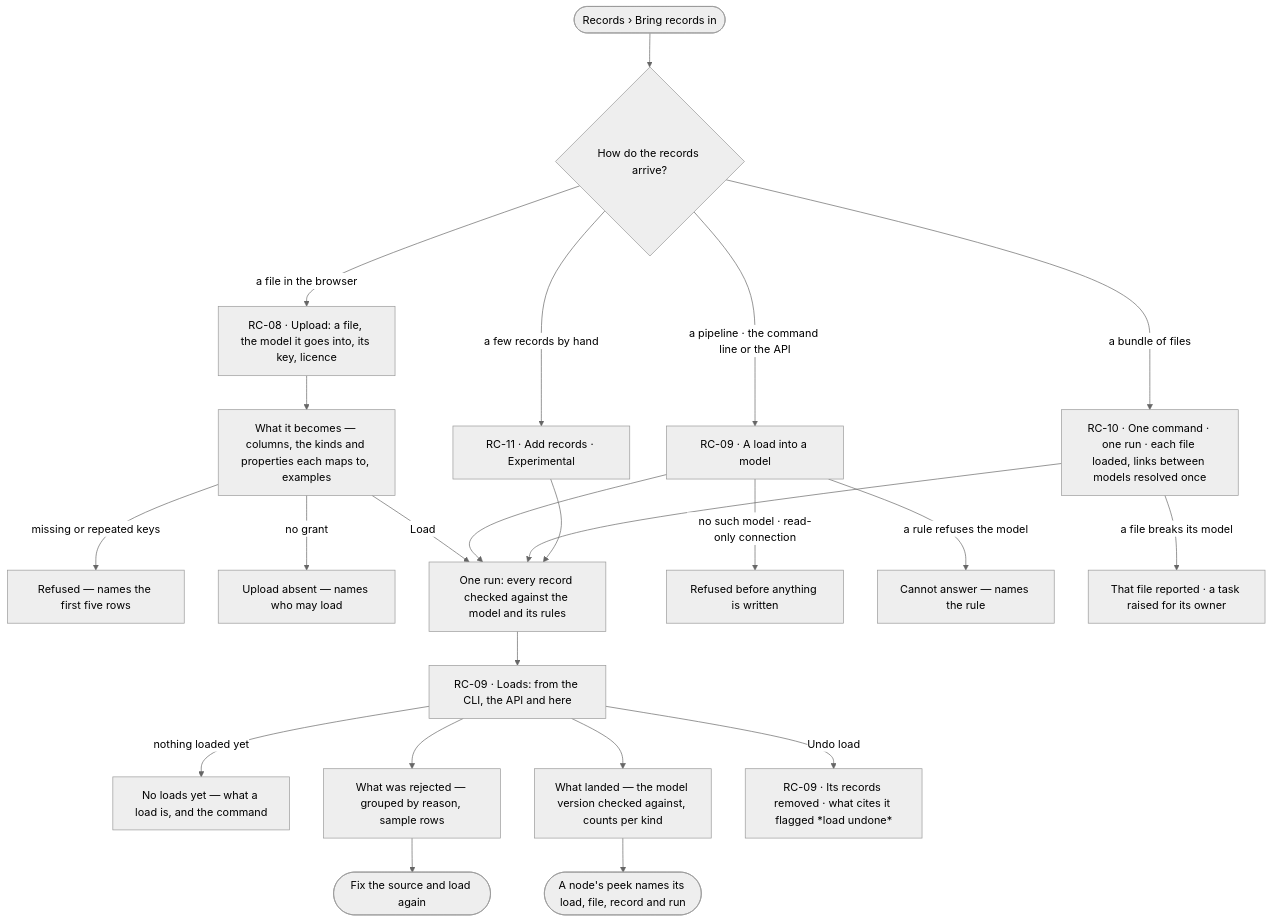
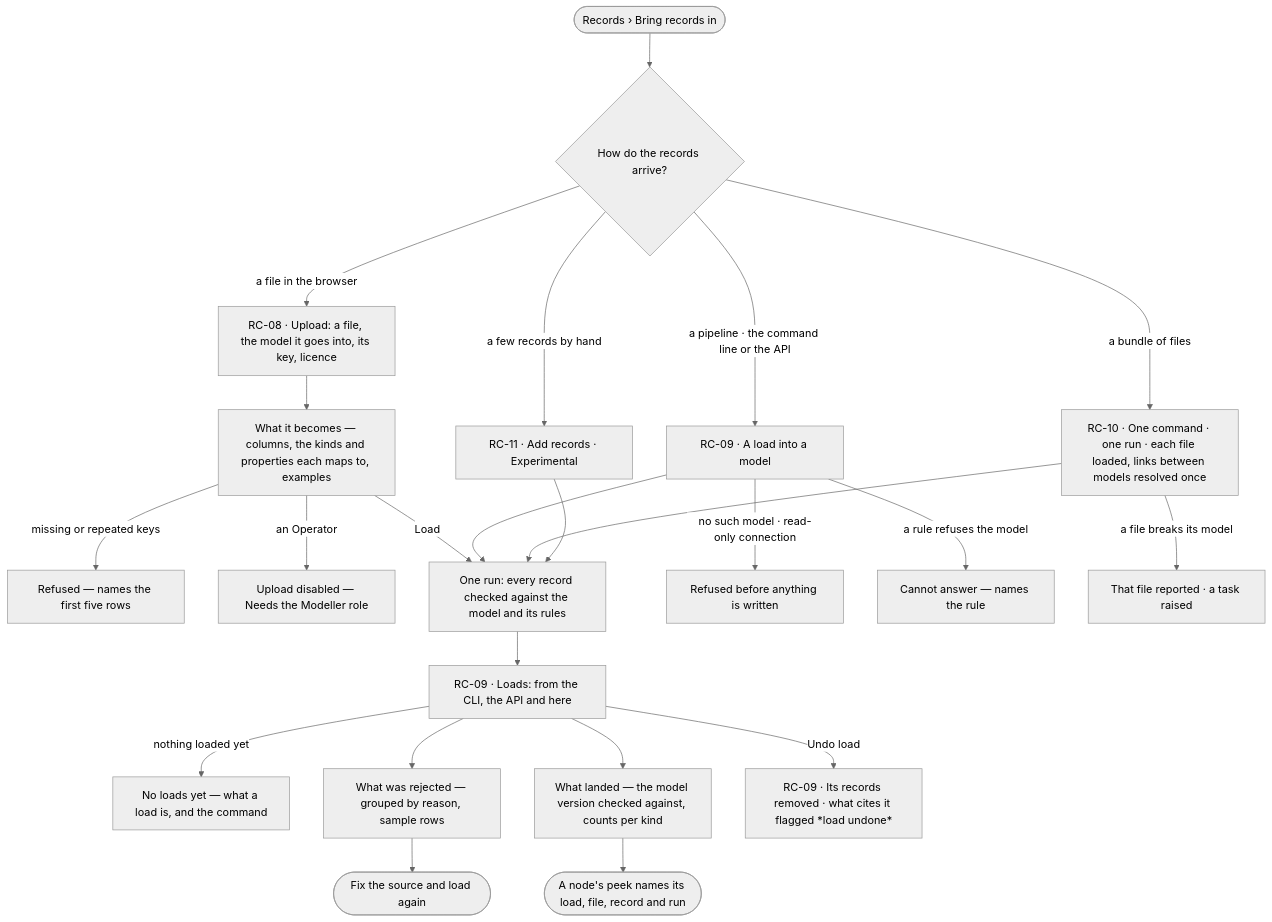
The diagram in specs/capabilities/records/features/RC-F02-bring-records-in/feature.md (invana/invana), drawn with Mermaid (neutral theme) before and after one commit. The commit also changed other lines of this file and 300 other files, not shown here.

````diff
--- a/specs/capabilities/records/features/RC-F02-bring-records-in/feature.md
+++ b/specs/capabilities/records/features/RC-F02-bring-records-in/feature.md
@@ -25,25 +25,25 @@
 ```mermaid
 flowchart TD
   start([Records › Bring records in]) --> how{How do the records arrive?}
   how -->|a file in the browser| up["RC-08 · Upload: a file, the model it goes into, its key, licence"]
   up --> prev["What it becomes — columns, the kinds and properties each maps to, examples"]
   prev -->|missing or repeated keys| upx["Refused — names the first five rows"]
-  prev -->|no grant| una["Upload absent — names who may load"]
+  prev -->|an Operator| una["Upload disabled — Needs the Modeller role"]
   prev -->|Load| run
   how -->|a pipeline · the command line or the API| cli["RC-09 · A load into a model"]
   cli -->|no such model · read-only connection| clx["Refused before anything is written"]
   cli -->|a rule refuses the model| clr["Cannot answer — names the rule"]
   cli --> run["One run: every record checked against the model and its rules"]
   how -->|a bundle of files| bun["RC-10 · One command · one run · each file loaded, links between models resolved once"]
-  bun -->|a file breaks its model| tk["That file reported · a task raised for its owner"]
+  bun -->|a file breaks its model| tk["That file reported · a task raised"]
   bun --> run
   how -->|a few records by hand| obs["RC-11 · Add records · Experimental"]
   obs --> run
   run --> imp["RC-09 · Loads: from the CLI, the API and here"]
   imp -->|nothing loaded yet| imp0["No loads yet — what a load is, and the command"]
   imp --> rej["What was rejected — grouped by reason, sample rows"]
   rej --> fix([Fix the source and load again])
   imp --> landed["What landed — the model version checked against, counts per kind"]
   landed --> node(["A node's peek names its load, file, record and run"])
   imp -->|Undo load| und["RC-09 · Its records removed · what cites it flagged *load undone*"]
 ```
````
